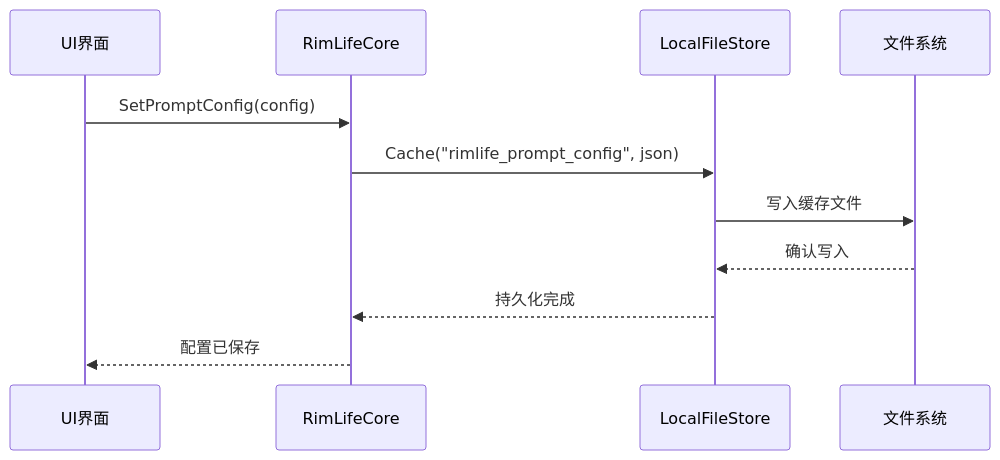
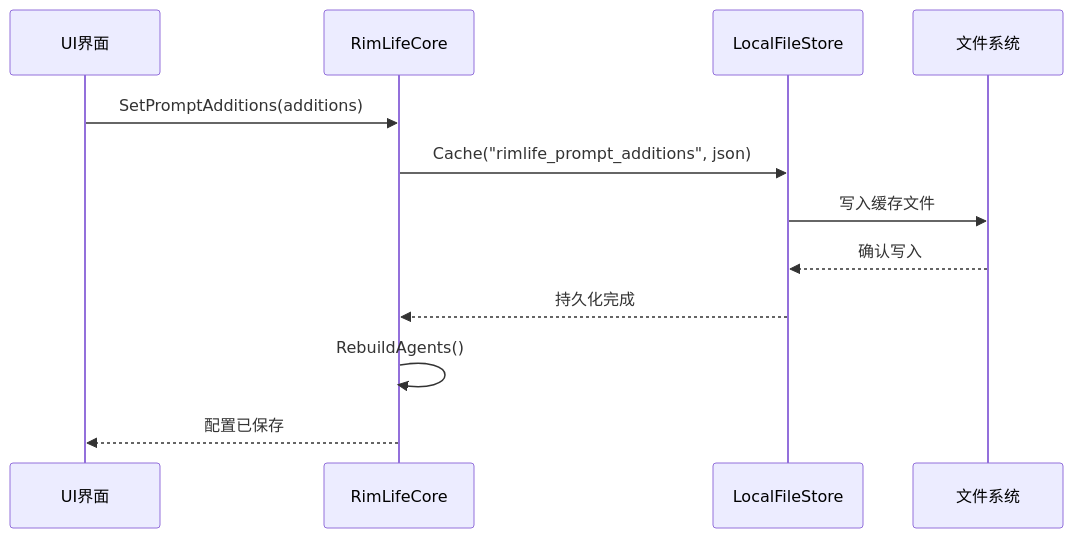
One commit to suzvka/RimLife changed the sixth of 7 diagrams in .qoder/repowiki/zh/content/用户界面系统/提示词配置页面.md. Above: the diagram before and after it, drawn with Mermaid. The commit also changed other lines of this file and 32 other files, not shown here.

````diff
--- a/.qoder/repowiki/zh/content/用户界面系统/提示词配置页面.md
+++ b/.qoder/repowiki/zh/content/用户界面系统/提示词配置页面.md
@@ -268,13 +296,14 @@
 ```mermaid
 sequenceDiagram
 participant UI as UI界面
 participant Core as RimLifeCore
 participant Store as LocalFileStore
 participant File as 文件系统
-UI->>Core : SetPromptConfig(config)
-Core->>Store : Cache("rimlife_prompt_config", json)
+UI->>Core : SetPromptAdditions(additions)
+Core->>Store : Cache("rimlife_prompt_additions", json)
 Store->>File : 写入缓存文件
 File-->>Store : 确认写入
 Store-->>Core : 持久化完成
+Core->>Core : RebuildAgents()
 Core-->>UI : 配置已保存
 ```
````
